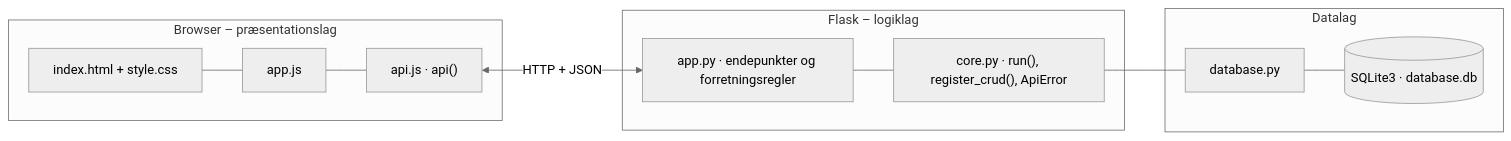
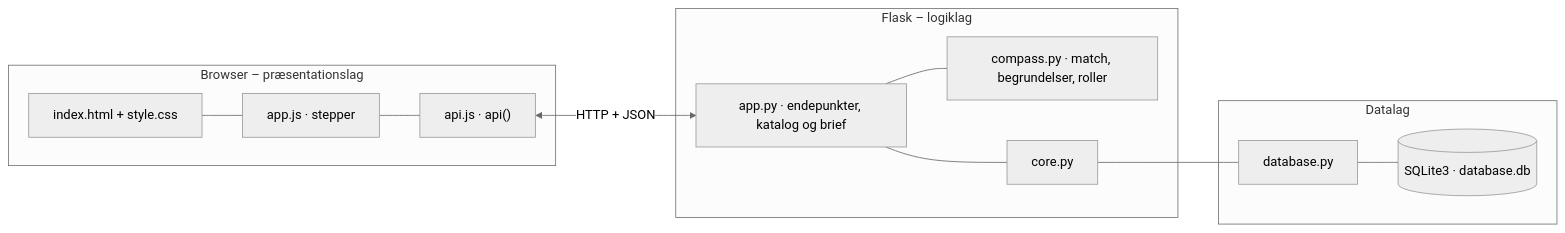
Before and after one commit to EKmiwn/e2026-3-sem-A: the second of 2 diagrams in 3-Amitylux/DOCS.md, drawn with Mermaid (neutral theme). The commit also changed other lines of this file and 38 other files, not shown here.

````diff
--- a/3-Amitylux/DOCS.md
+++ b/3-Amitylux/DOCS.md
@@ -416,14 +278,15 @@
 ```mermaid
 flowchart LR
     subgraph Klient["Browser – præsentationslag"]
-        HTML["index.html + style.css"] --- JS["app.js"] --- API["api.js · api()"]
+        HTML["index.html + style.css"] --- JS["app.js · stepper"] --- API["api.js · api()"]
     end
     subgraph Server["Flask – logiklag"]
-        ROUTES["app.py · endepunkter og forretningsregler"] --- CORE["core.py · run(), register_crud(), ApiError"]
+        ROUTES["app.py · endepunkter, katalog og brief"] --- ENGINE["compass.py · match, begrundelser, roller"]
+        ROUTES --- CORE["core.py"]
     end
     subgraph Data["Datalag"]
         DBPY["database.py"] --- DB[("SQLite3 · database.db")]
     end
     API <-->|"HTTP + JSON"| ROUTES
     CORE --- DBPY
 ```
````
